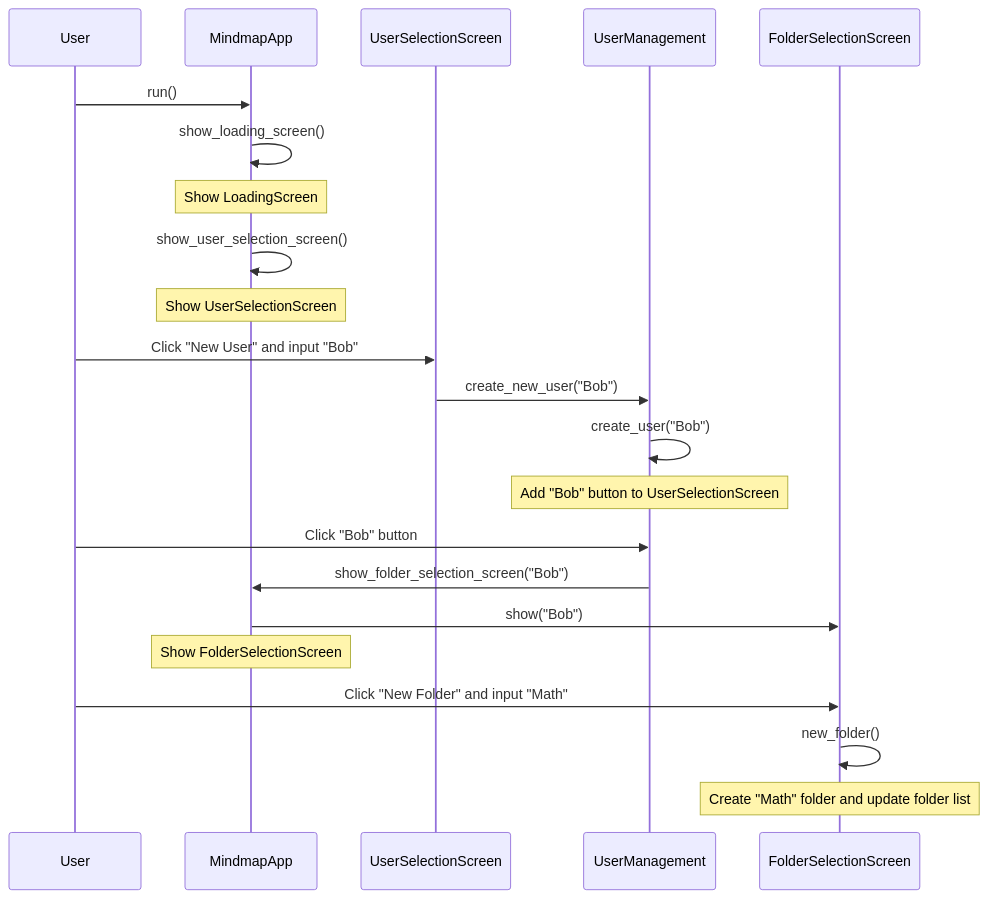
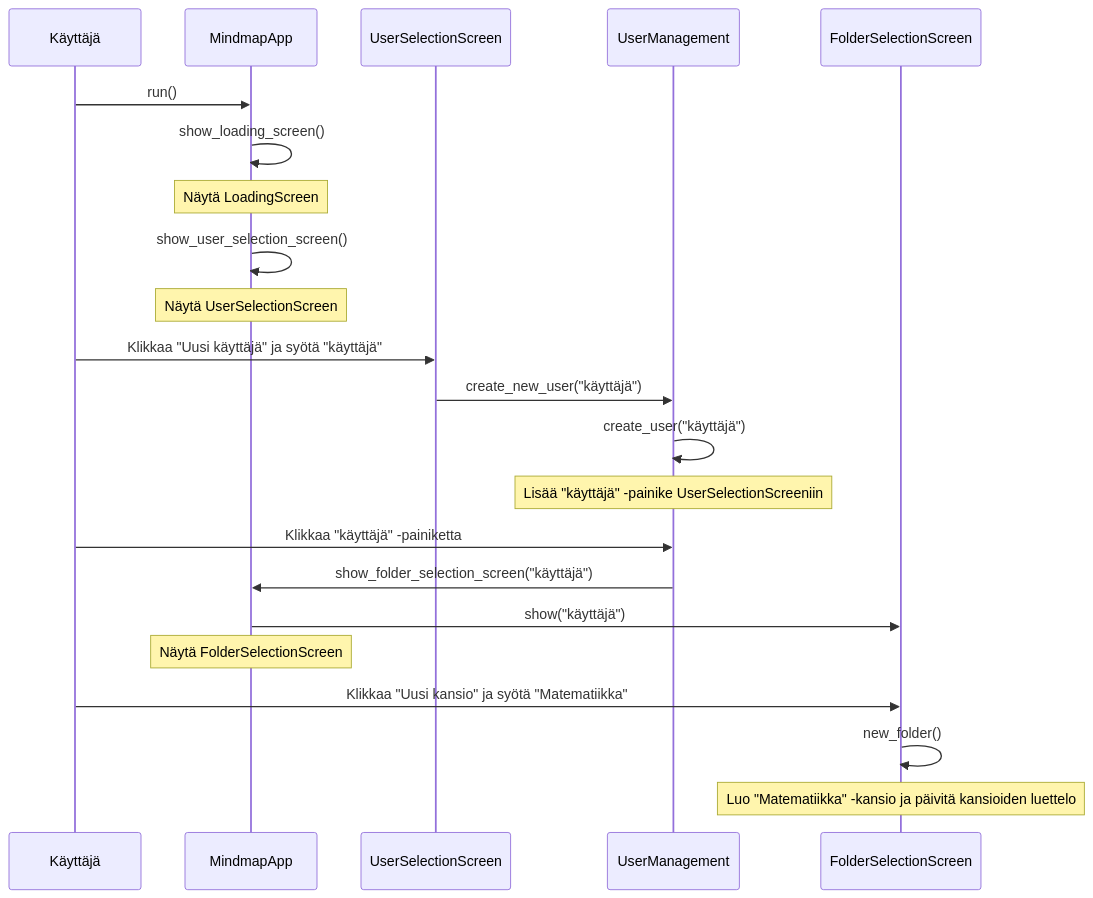
Before and after one commit to ErikHuuskonen/ot-harjoitustyo: the diagram in dokumentaatio/sekvenssikaavio.md, drawn with Mermaid.

````diff
--- a/dokumentaatio/sekvenssikaavio.md
+++ b/dokumentaatio/sekvenssikaavio.md
@@ -1,26 +1,26 @@
 ```mermaid
 sequenceDiagram
-    participant User
+    participant Käyttäjä
     participant MindmapApp
     participant UserSelectionScreen
     participant UserManagement
     participant FolderSelectionScreen
 
-    User->>MindmapApp: run()
+    Käyttäjä->>MindmapApp: run()
     MindmapApp->>MindmapApp: show_loading_screen()
-    Note over MindmapApp: Show LoadingScreen
+    Note over MindmapApp: Näytä LoadingScreen
     MindmapApp->>MindmapApp: show_user_selection_screen()
-    Note over MindmapApp: Show UserSelectionScreen
-    User->>UserSelectionScreen: Click "New User" and input "Bob"
-    UserSelectionScreen->>UserManagement: create_new_user("Bob")
-    UserManagement->>UserManagement: create_user("Bob")
-    Note over UserManagement: Add "Bob" button to UserSelectionScreen
-    User->>UserManagement: Click "Bob" button
-    UserManagement->>MindmapApp: show_folder_selection_screen("Bob")
-    MindmapApp->>FolderSelectionScreen: show("Bob")
-    Note over MindmapApp: Show FolderSelectionScreen
-    User->>FolderSelectionScreen: Click "New Folder" and input "Math"
+    Note over MindmapApp: Näytä UserSelectionScreen
+    Käyttäjä->>UserSelectionScreen: Klikkaa "Uusi käyttäjä" ja syötä "käyttäjä"
+    UserSelectionScreen->>UserManagement: create_new_user("käyttäjä")
+    UserManagement->>UserManagement: create_user("käyttäjä")
+    Note over UserManagement: Lisää "käyttäjä" -painike UserSelectionScreeniin
+    Käyttäjä->>UserManagement: Klikkaa "käyttäjä" -painiketta
+    UserManagement->>MindmapApp: show_folder_selection_screen("käyttäjä")
+    MindmapApp->>FolderSelectionScreen: show("käyttäjä")
+    Note over MindmapApp: Näytä FolderSelectionScreen
+    Käyttäjä->>FolderSelectionScreen: Klikkaa "Uusi kansio" ja syötä "Matematiikka"
     FolderSelectionScreen->>FolderSelectionScreen: new_folder()
-    Note over FolderSelectionScreen: Create "Math" folder and update folder list
+    Note over FolderSelectionScreen: Luo "Matematiikka" -kansio ja päivitä kansioiden luettelo
 
 ```
````
